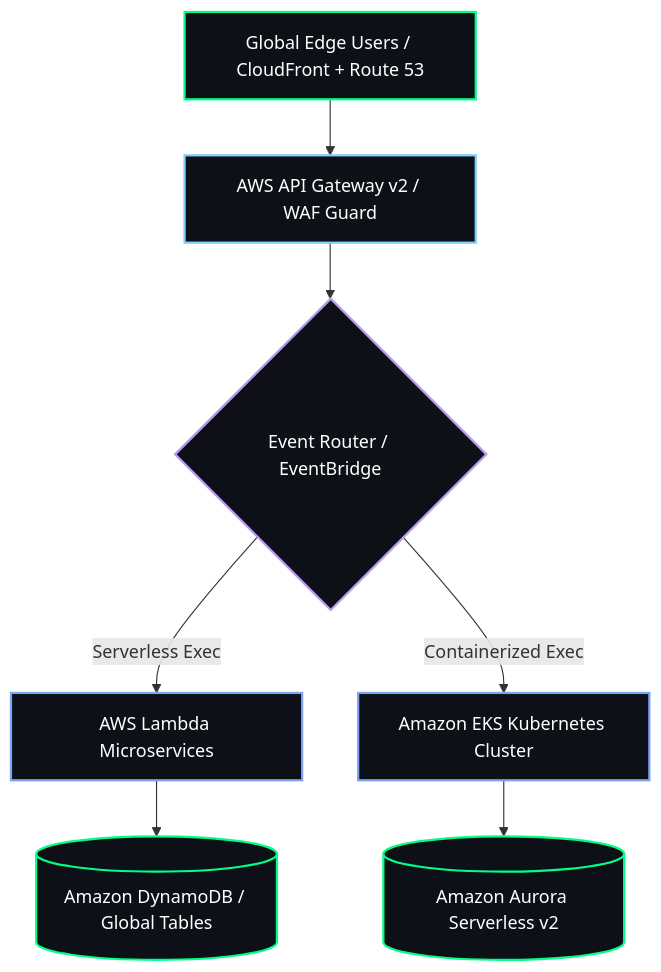
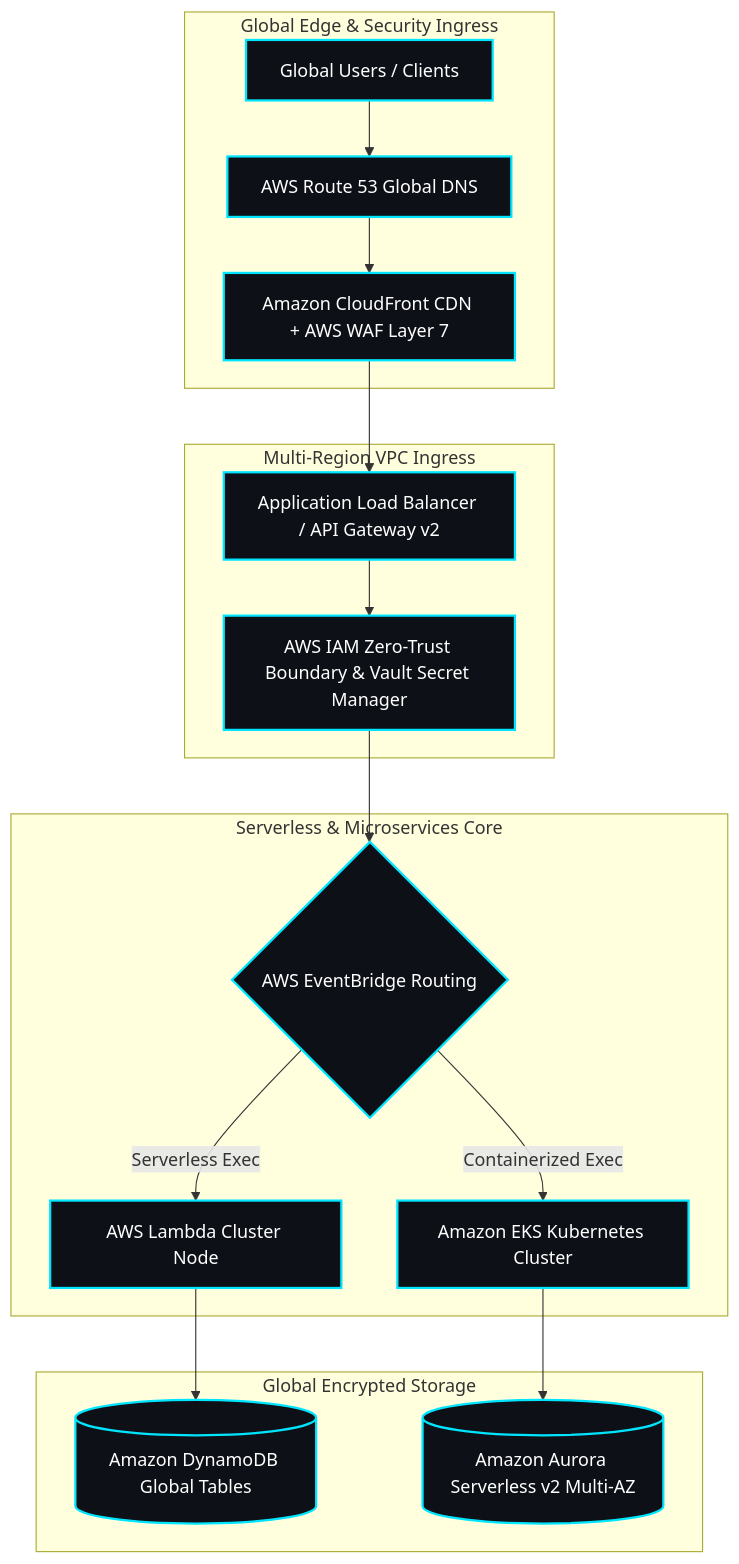
One commit to aakashpandian582006-ops/aakashpandian582006-ops changed the diagram in README.md. Above: the diagram before and after it, drawn with Mermaid. The commit also changed other lines of this file and 1 other file, not shown here.

Commit message:
Enterprise-grade multi-region cloud architecture layout & workflow update

````diff
--- a/README.md
+++ b/README.md
@@ -57,17 +47,34 @@
 ```mermaid
 graph TD
-    A[Global Edge Users / CloudFront + Route 53] --> B[AWS API Gateway v2 / WAF Guard]
-    B --> C{Event Router / EventBridge}
-    C -->|Serverless Exec| D[AWS Lambda Microservices]
-    C -->|Containerized Exec| E[Amazon EKS Kubernetes Cluster]
-    D --> F[(Amazon DynamoDB / Global Tables)]
-    E --> G[(Amazon Aurora Serverless v2)]
-    
-    style A fill:#0d1117,stroke:#00FF87,stroke-width:2px,color:#fff
-    style B fill:#0d1117,stroke:#7dcfff,stroke-width:2px,color:#fff
-    style C fill:#0d1117,stroke:#bb9af7,stroke-width:2px,color:#fff
-    style D fill:#0d1117,stroke:#7aa2f7,stroke-width:2px,color:#fff
-    style E fill:#0d1117,stroke:#7aa2f7,stroke-width:2px,color:#fff
-    style F fill:#0d1117,stroke:#00FF87,stroke-width:2px,color:#fff
-    style G fill:#0d1117,stroke:#00FF87,stroke-width:2px,color:#fff
+    subgraph Edge & Security Tier [Global Edge & Security Ingress]
+        Users[Global Users / Clients] --> Route53[AWS Route 53 Global DNS]
+        Route53 --> CF[Amazon CloudFront CDN + AWS WAF Layer 7]
+    end
+
+    subgraph Network Ingress Tier [Multi-Region VPC Ingress]
+        CF --> ALB[Application Load Balancer / API Gateway v2]
+        ALB --> Security[AWS IAM Zero-Trust Boundary & Vault Secret Manager]
+    end
+
+    subgraph Processing & Compute Tier [Serverless & Microservices Core]
+        Security --> Router{AWS EventBridge Routing}
+        Router -->|Serverless Exec| Lambda[AWS Lambda Cluster Node]
+        Router -->|Containerized Exec| EKS[Amazon EKS Kubernetes Cluster]
+    end
+
+    subgraph Persistence & Data Tier [Global Encrypted Storage]
+        Lambda --> DynamoDB[(Amazon DynamoDB Global Tables)]
+        EKS --> Aurora[(Amazon Aurora Serverless v2 Multi-AZ)]
+    end
+
+    style Users fill:#0d1117,stroke:#00e5ff,stroke-width:2px,color:#fff
+    style Route53 fill:#0d1117,stroke:#00e5ff,stroke-width:2px,color:#fff
+    style CF fill:#0d1117,stroke:#00e5ff,stroke-width:2px,color:#fff
+    style ALB fill:#0d1117,stroke:#00e5ff,stroke-width:2px,color:#fff
+    style Security fill:#0d1117,stroke:#00e5ff,stroke-width:2px,color:#fff
+    style Router fill:#0d1117,stroke:#00e5ff,stroke-width:2px,color:#fff
+    style Lambda fill:#0d1117,stroke:#00e5ff,stroke-width:2px,color:#fff
+    style EKS fill:#0d1117,stroke:#00e5ff,stroke-width:2px,color:#fff
+    style DynamoDB fill:#0d1117,stroke:#00e5ff,stroke-width:2px,color:#fff
+    style Aurora fill:#0d1117,stroke:#00e5ff,stroke-width:2px,color:#fff
 ```
````
